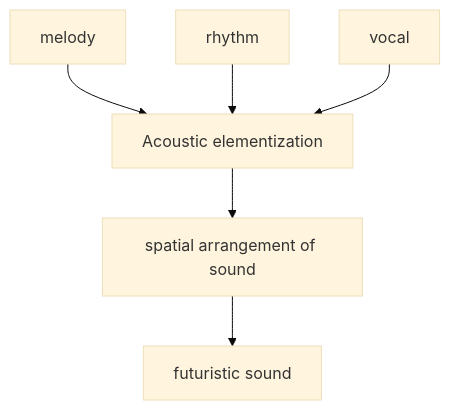
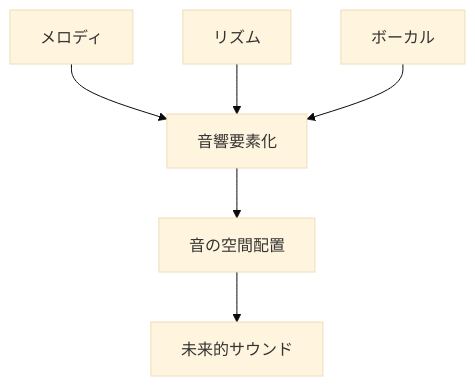
Before and after one commit to monumental-movement/monumental-movement.github.io: the second of 6 diagrams in en/_posts/2026-03-21-column-esquivel.md, drawn with Mermaid (base theme). The commit also changed other lines of this file and 2196 other files, not shown here.

```diff
--- a/en/_posts/2026-03-21-column-esquivel.md
+++ b/en/_posts/2026-03-21-column-esquivel.md
@@ -100,8 +100,8 @@
 <div class="mermaid">
 flowchart TD
-A[melody] --> D[Acoustic elementization]
-B[rhythm] --> D
-C[vocal] --> D
-D --> E[spatial arrangement of sound]
-E --> F[futuristic sound]
+A[メロディ] --> D[音響要素化]
+B[リズム] --> D
+C[ボーカル] --> D
+D --> E[音の空間配置]
+E --> F[未来的サウンド]
 </div>
```
